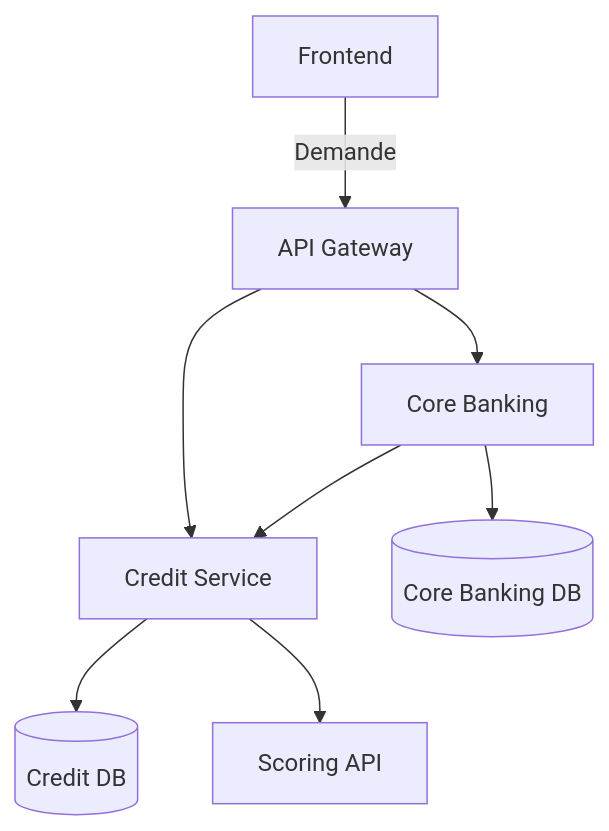
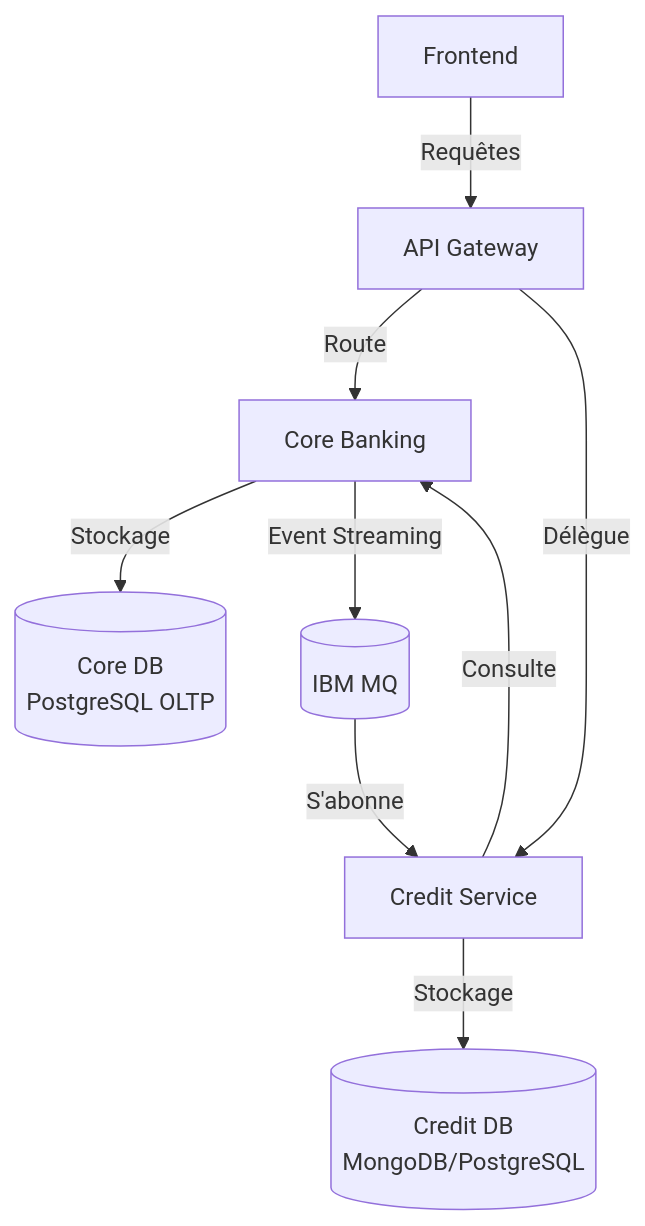
Before and after one commit to nassnamb/banking-api: the diagram in README.md, drawn with Mermaid.

````diff
--- a/README.md
+++ b/README.md
@@ -3,10 +3,11 @@
 ```mermaid
 graph TD
-    A[Frontend] -->|Demande| B[API Gateway]
-    B --> C[Core Banking]
-    B --> D[Credit Service]
-    D --> E[(Credit DB)]
-    D --> F[Scoring API]
-    C --> D
-    C --> G[(Core Banking DB)]
+    A[Frontend] -->|Requêtes| B[API Gateway]
+    B -->|Route| C[Core Banking]
+    C -->|Stockage| D[(Core DB<br>PostgreSQL OLTP)]
+    B -->|Délègue| E[Credit Service]
+    E -->|Stockage| F[(Credit DB<br>MongoDB/PostgreSQL)]
+    E -->|Consulte| C
+    C -->|Event Streaming| G[(IBM MQ)]
+    G -->|S'abonne| E
 ```
````
